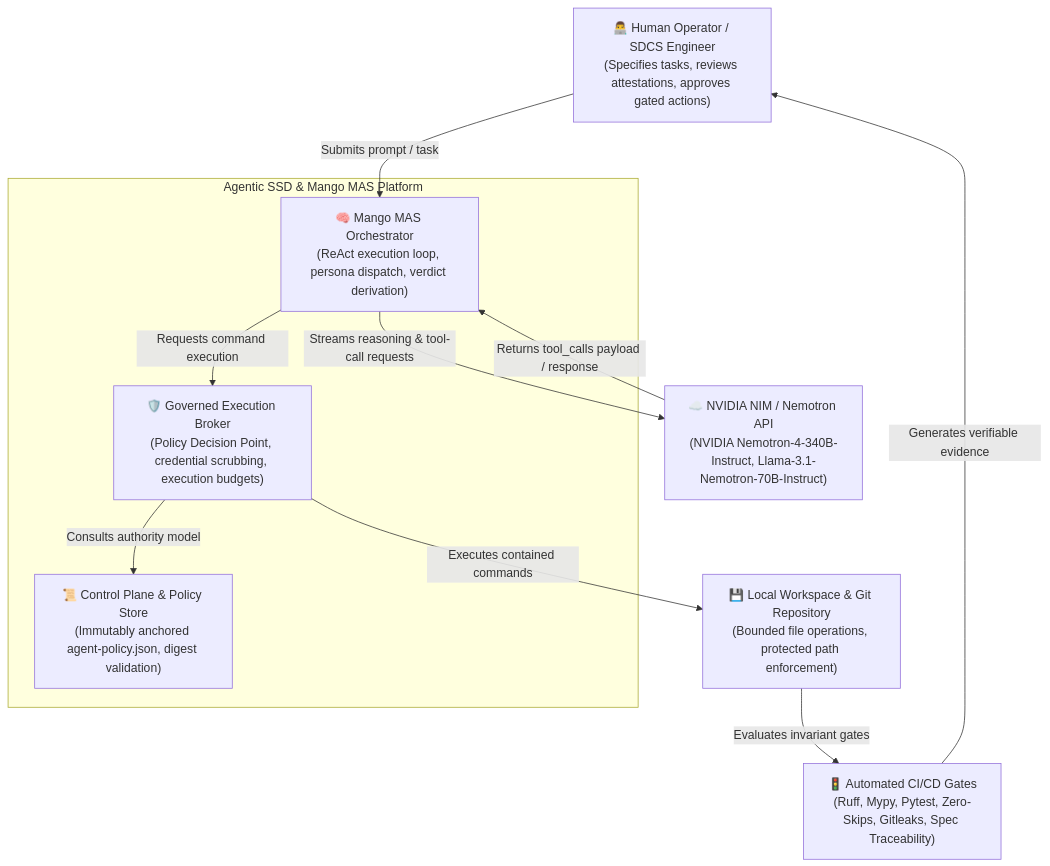
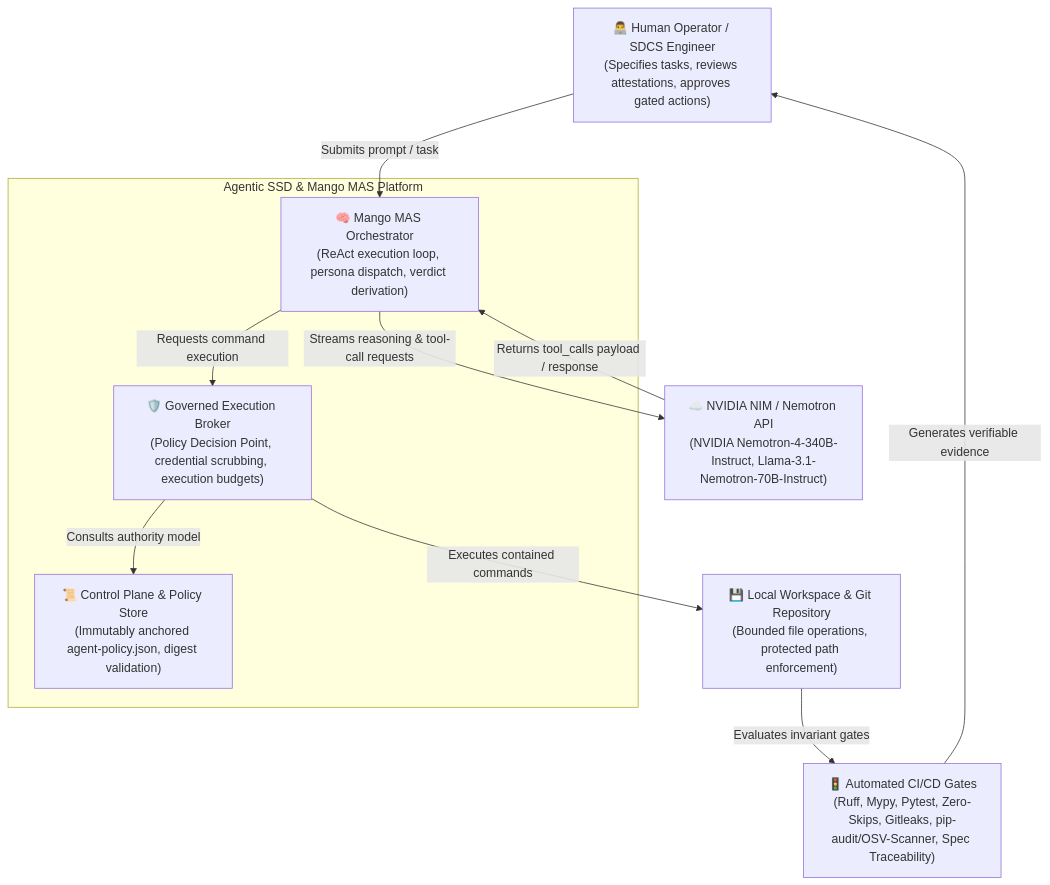
The first of 3 diagrams in docs/architecture/c4_architecture.md (ianshank/Mango_Code_Agent-Harness), drawn with Mermaid before and after one commit. The commit also changed 14 other files, not shown here.

````diff
--- a/docs/architecture/c4_architecture.md
+++ b/docs/architecture/c4_architecture.md
@@ -13,23 +13,23 @@
 ```mermaid
 graph TD
     User["👨‍💻 Human Operator / SDCS Engineer<br/>(Specifies tasks, reviews attestations, approves gated actions)"]
     
     subgraph Harness_System ["Agentic SSD & Mango MAS Platform"]
         Orchestrator["🧠 Mango MAS Orchestrator<br/>(ReAct execution loop, persona dispatch, verdict derivation)"]
         Broker["🛡️ Governed Execution Broker<br/>(Policy Decision Point, credential scrubbing, execution budgets)"]
         ControlPlane["📜 Control Plane & Policy Store<br/>(Immutably anchored agent-policy.json, digest validation)"]
     end
     
     NIM["☁️ NVIDIA NIM / Nemotron API<br/>(NVIDIA Nemotron-4-340B-Instruct, Llama-3.1-Nemotron-70B-Instruct)"]
     LocalFS["💾 Local Workspace & Git Repository<br/>(Bounded file operations, protected path enforcement)"]
-    CIGates["🚦 Automated CI/CD Gates<br/>(Ruff, Mypy, Pytest, Zero-Skips, Gitleaks, Spec Traceability)"]
+    CIGates["🚦 Automated CI/CD Gates<br/>(Ruff, Mypy, Pytest, Zero-Skips, Gitleaks, pip-audit/OSV-Scanner, Spec Traceability)"]
 
     User -->|Submits prompt / task| Orchestrator
     Orchestrator -->|Streams reasoning & tool-call requests| NIM
     NIM -->|Returns tool_calls payload / response| Orchestrator
     Orchestrator -->|Requests command execution| Broker
     Broker -->|Consults authority model| ControlPlane
     Broker -->|Executes contained commands| LocalFS
     LocalFS -->|Evaluates invariant gates| CIGates
     CIGates -->|Generates verifiable evidence| User
 ```
````
